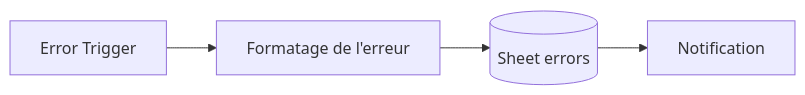
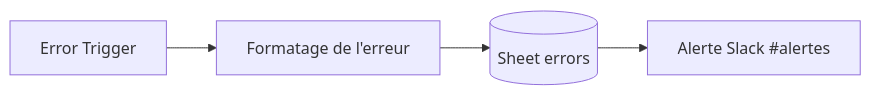
One commit to ToandroMananjara/ai-business-automation-n8n changed the sixth of 8 diagrams in docs/cdc.md. Above: the diagram before and after it, drawn with Mermaid. The commit also changed other lines of this file and 2 other files, not shown here.

Commit message:
docs: document Slack alerts and error handling

````diff
--- a/docs/cdc.md
+++ b/docs/cdc.md
@@ -516,6 +521,6 @@
 ```mermaid
 flowchart LR
     A[Error Trigger] --> B[Formatage de l'erreur]
     B --> C[(Sheet errors)]
-    C --> D[Notification]
+    C --> D[Alerte Slack #alertes]
 ```
````
